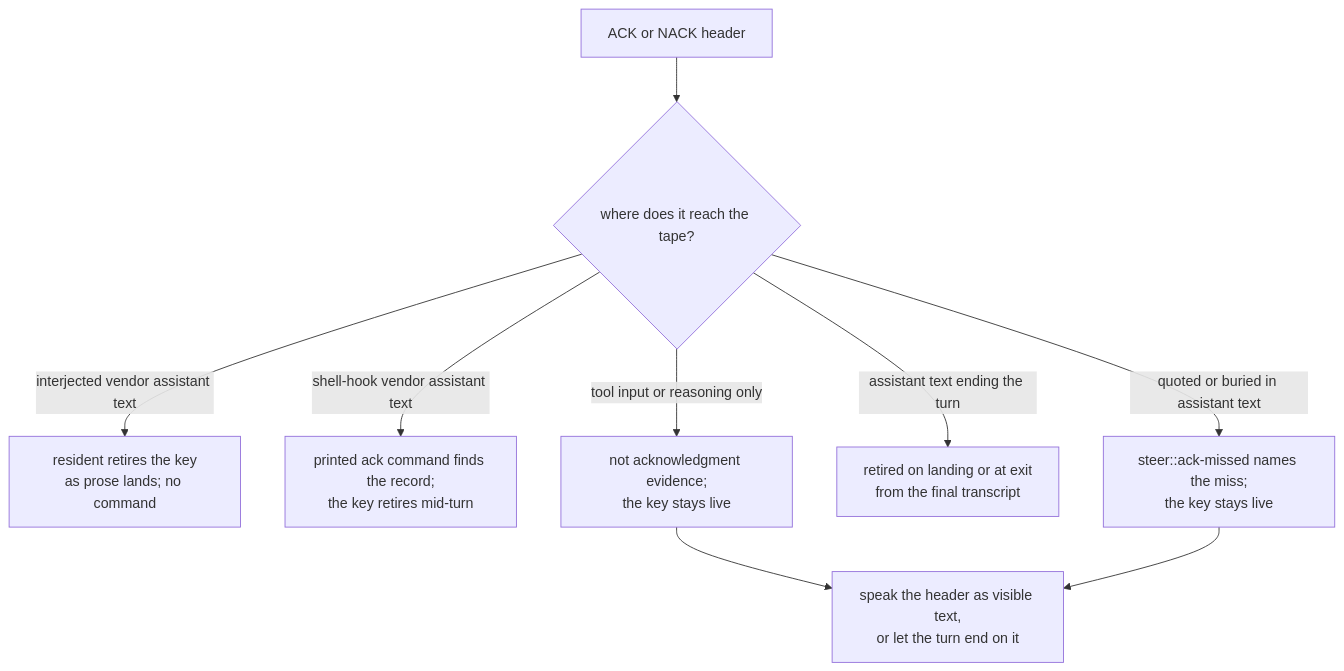
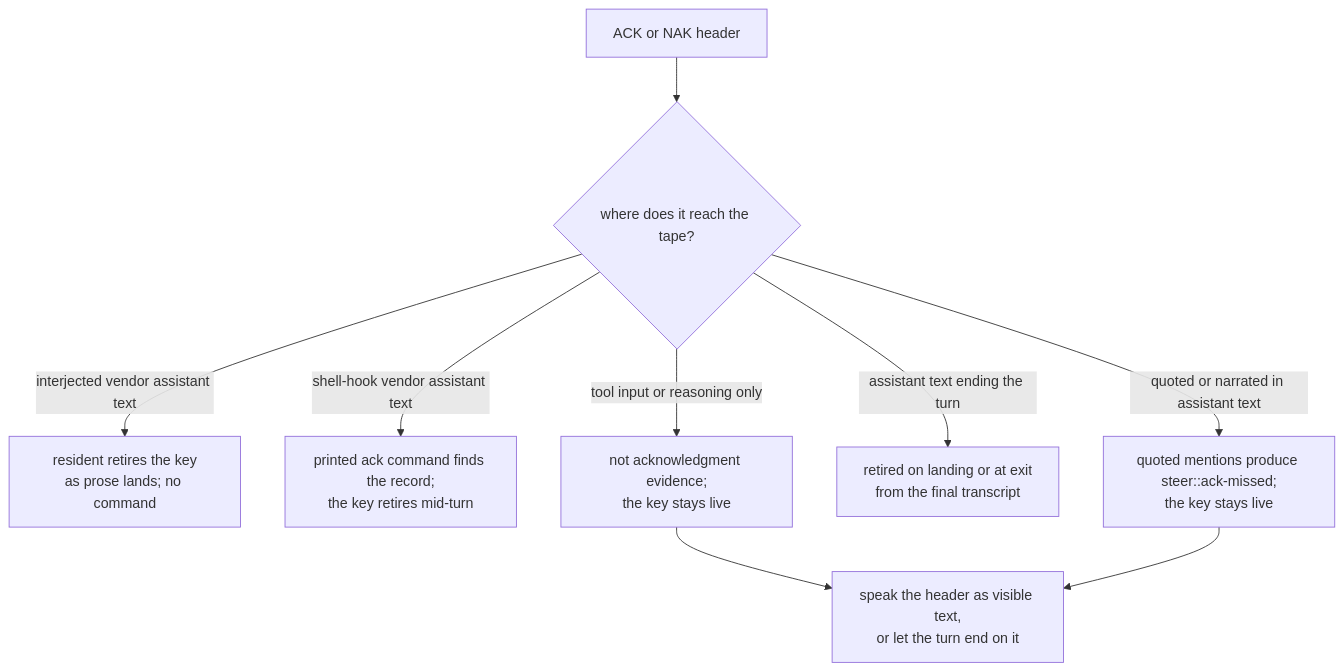
One commit to infimalabs/spice-rust changed the seventh of 9 diagrams in docs/product/planes/hooks.md. Above: the diagram before and after it, drawn with Mermaid. The commit also changed other lines of this file and 43 other files, not shown here.

Commit message:
Align ACK grammar and rename NACK to NAK

````diff
--- a/docs/product/planes/hooks.md
+++ b/docs/product/planes/hooks.md
@@ -291,11 +291,11 @@
 ```mermaid
 flowchart TD
-  H["ACK or NACK header"] --> W{"where does it reach the tape?"}
+  H["ACK or NAK header"] --> W{"where does it reach the tape?"}
   W -- "interjected vendor assistant text" --> M["resident retires the key<br/>as prose lands; no command"]
   W -- "shell-hook vendor assistant text" --> C["printed ack command finds the record;<br/>the key retires mid-turn"]
   W -- "tool input or reasoning only" --> A["not acknowledgment evidence;<br/>the key stays live"]
   W -- "assistant text ending the turn" --> X["retired on landing or at exit<br/>from the final transcript"]
-  W -- "quoted or buried in assistant text" --> Q["steer::ack-missed names the miss;<br/>the key stays live"]
+  W -- "quoted or narrated in assistant text" --> Q["quoted mentions produce steer::ack-missed;<br/>the key stays live"]
   A --> N["speak the header as visible text,<br/>or let the turn end on it"]
   Q --> N
 ```
````
